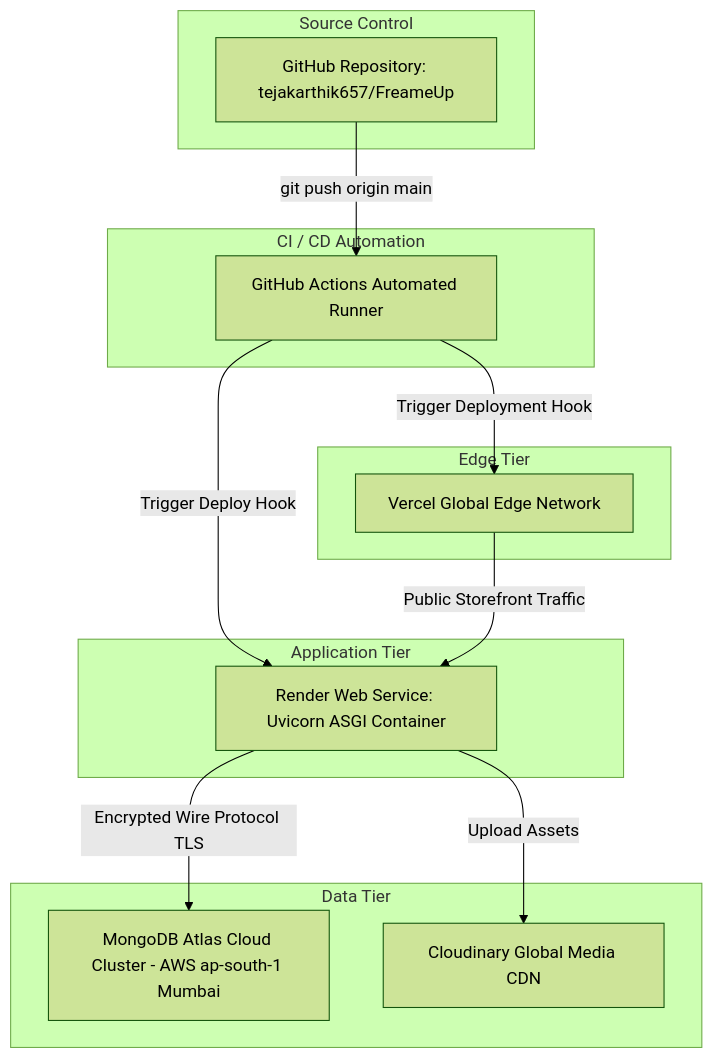
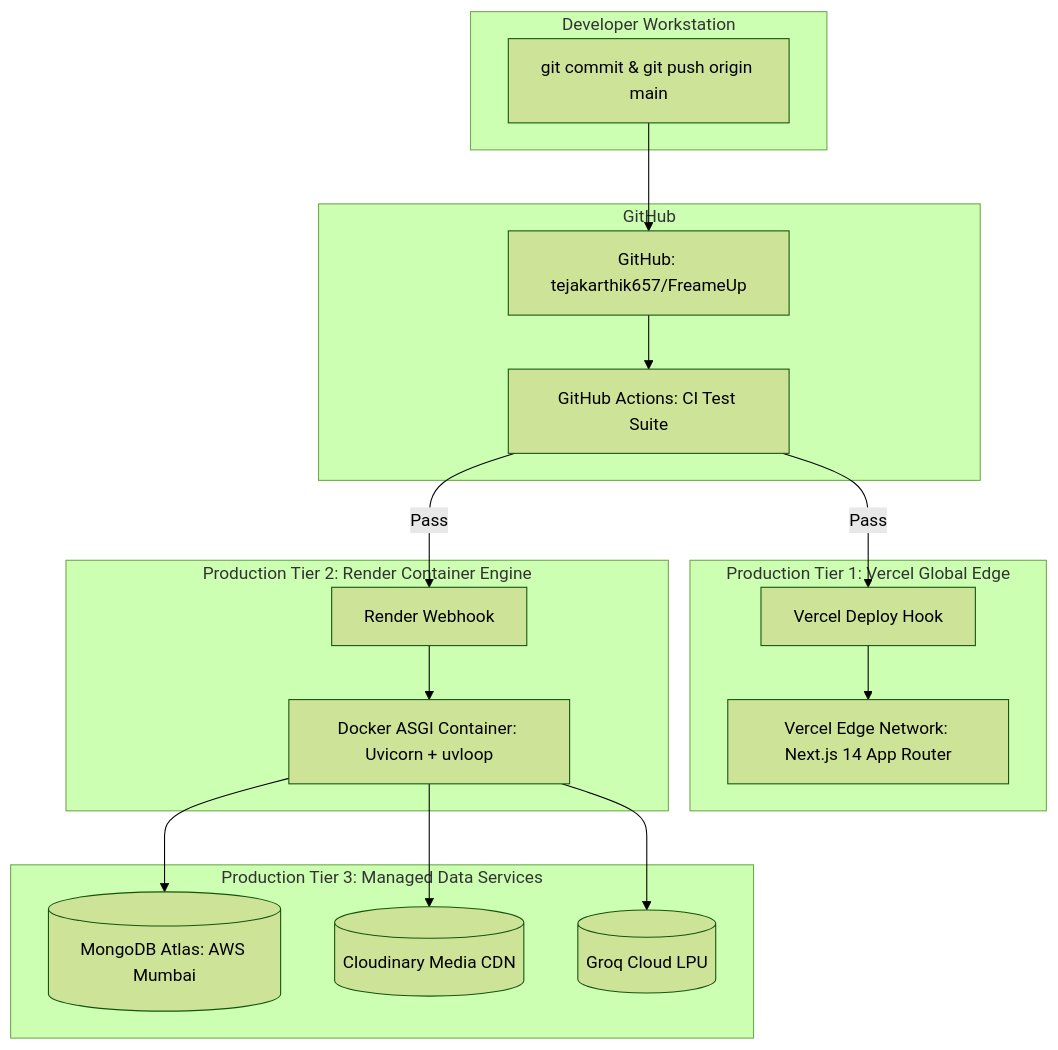
The diagram in docs/14-devops-and-deployment.md (tejakarthik657/FreameUp), drawn with Mermaid (forest theme) before and after one commit. The commit also changed other lines of this file and 23 other files, not shown here.

````diff
--- a/docs/14-devops-and-deployment.md
+++ b/docs/14-devops-and-deployment.md
@@ -6,30 +11,37 @@
 ```mermaid
 graph TD
-    subgraph Source Control
-        GitRepo[GitHub Repository: tejakarthik657/FreameUp]
+    subgraph Developer Workstation
+        Code[git commit & git push origin main]
     end
 
-    subgraph CI / CD Automation
-        GHAction[GitHub Actions Automated Runner]
+    subgraph GitHub
+        GitHubRepo[GitHub: tejakarthik657/FreameUp]
+        Actions[GitHub Actions: CI Test Suite]
     end
 
-    subgraph Edge Tier
-        VercelEdge[Vercel Global Edge Network]
+    subgraph Production Tier 1: Vercel Global Edge
+        VercelHook[Vercel Deploy Hook]
+        VercelCDN[Vercel Edge Network: Next.js 14 App Router]
     end
 
-    subgraph Application Tier
-        RenderContainer[Render Web Service: Uvicorn ASGI Container]
+    subgraph Production Tier 2: Render Container Engine
+        RenderHook[Render Webhook]
+        RenderDocker[Docker ASGI Container: Uvicorn + uvloop]
     end
 
-    subgraph Data Tier
-        AtlasCluster[MongoDB Atlas Cloud Cluster - AWS ap-south-1 Mumbai]
-        CloudinaryMedia[Cloudinary Global Media CDN]
+    subgraph Production Tier 3: Managed Data Services
+        Atlas[(MongoDB Atlas: AWS Mumbai)]
+        Cloudinary[(Cloudinary Media CDN)]
+        GroqLPU[(Groq Cloud LPU)]
     end
 
-    GitRepo -->|git push origin main| GHAction
-    GHAction -->|Trigger Deployment Hook| VercelEdge
-    GHAction -->|Trigger Deploy Hook| RenderContainer
-    VercelEdge -->|Public Storefront Traffic| RenderContainer
-    RenderContainer -->|Encrypted Wire Protocol TLS| AtlasCluster
-    RenderContainer -->|Upload Assets| CloudinaryMedia
+    Code --> GitHubRepo
+    GitHubRepo --> Actions
+    Actions -->|Pass| VercelHook
+    Actions -->|Pass| RenderHook
+    VercelHook --> VercelCDN
+    RenderHook --> RenderDocker
+    RenderDocker --> Atlas
+    RenderDocker --> Cloudinary
+    RenderDocker --> GroqLPU
 ```
````
